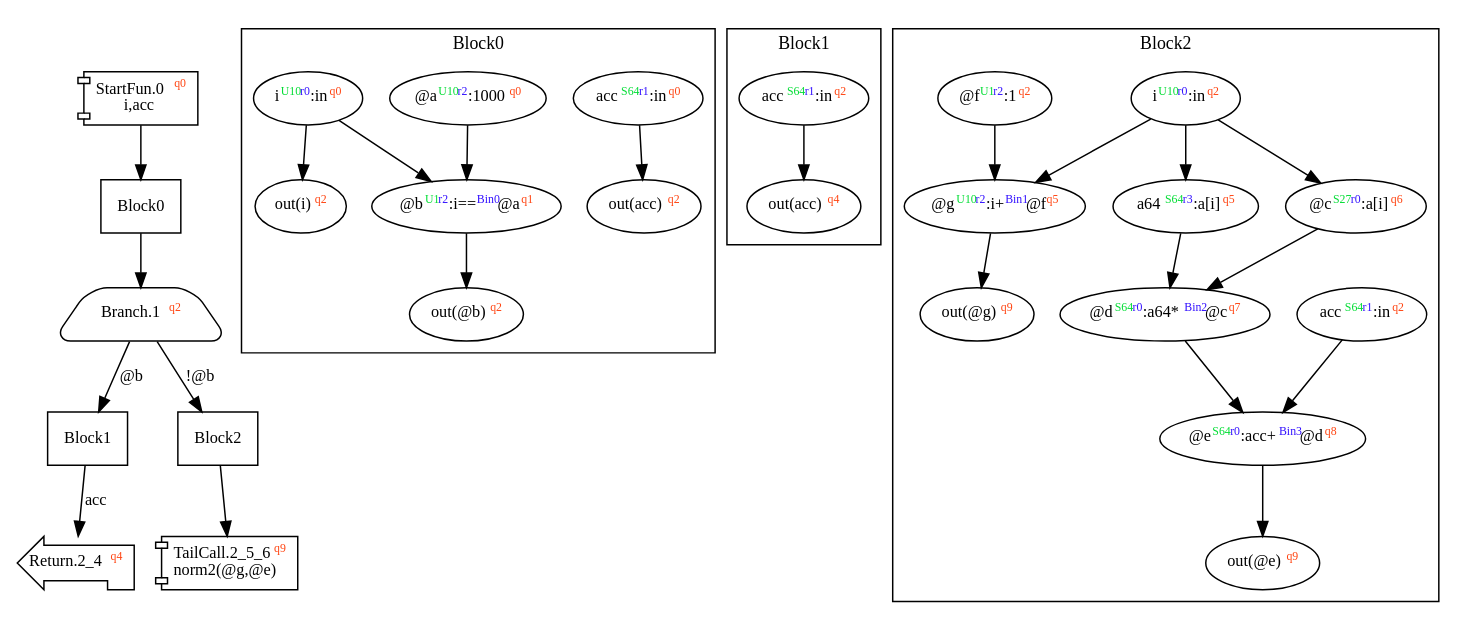
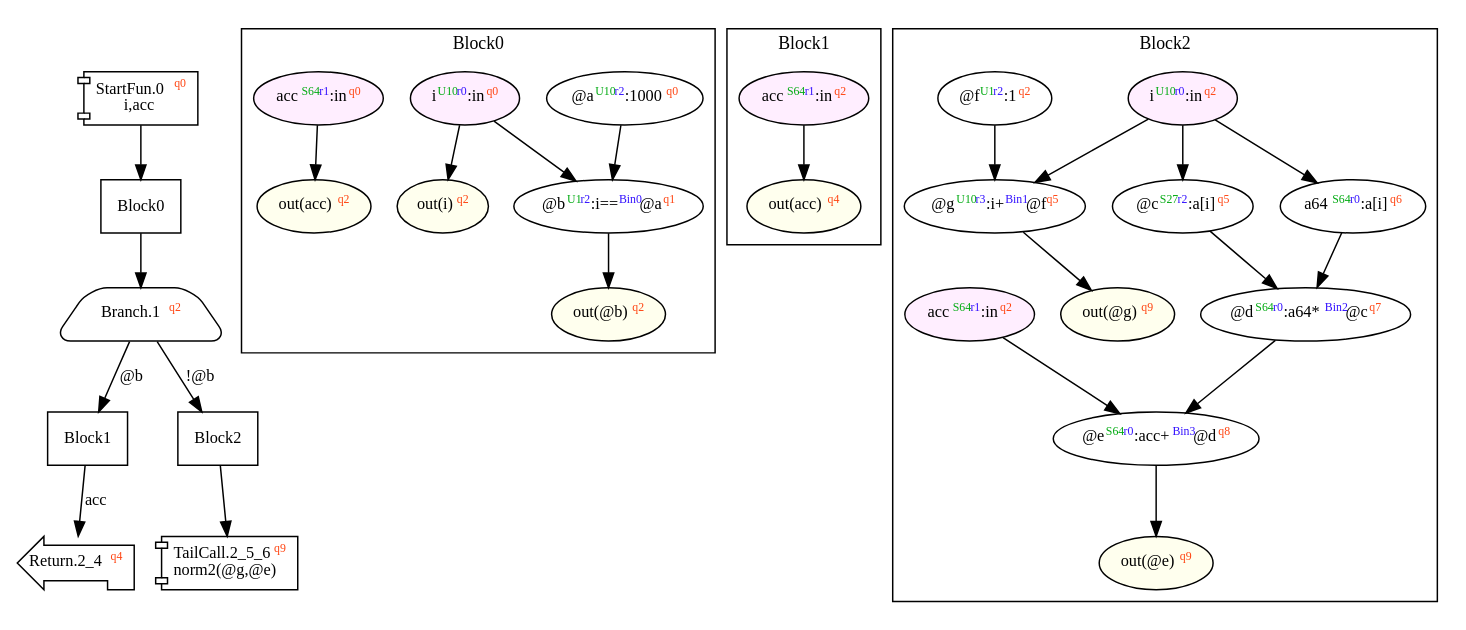
The diagram in dist/norm2.dot (akouryy/SyntheScala), drawn with Graphviz before and after one commit. The commit also changed 37 other files, not shown here.

```diff
--- a/dist/norm2.dot
+++ b/dist/norm2.dot
@@ -1,68 +1,68 @@
 digraph Program_ {
   graph [fontname = "Monaco", fontsize = 12, ranksep = 0.5];
   node [shape = box, fontname = "Monaco", fontsize = 11; colorscheme = pastel19];
   edge [fontname = "Monaco", fontsize = 11; colorscheme = pastel19];
   Jump0[label = <StartFun.0<font color="#ff4411" point-size="8"><sup>q0</sup></font><br/>i,acc>; shape = component];
   Jump0 -> Block0;
   Jump1[
     label = <Branch.1<font color="#ff4411" point-size="8"><sup>q2</sup></font>>;
     shape = trapezium; style = rounded;
   ];
   Block0 -> Jump1;
   Jump1 -> Block1 [label="@b"];
   Jump1 -> Block2 [label="!@b"];
   Jump2_4[label = <Return.2_4<font color="#ff4411" point-size="8"><sup>q4</sup></font>>; shape = lpromoter];
   Block1 -> Jump2_4 [label="acc"];
   Jump2_5_6[label = <TailCall.2_5_6<font color="#ff4411" point-size="8"><sup>q9</sup></font><br/>norm2(@g,@e)>; shape = component];
   Block2 -> Jump2_5_6;
   Block0 [label = "Block0"];
   Block1 [label = "Block1"];
   Block2 [label = "Block2"];
   subgraph cluster_dfg_Block0 {
     node [shape = oval];
     label = "Block0";
-    ndBlock0_0 [label=<out(acc)<font color="#ff4411" point-size="8"><sup>q2</sup></font>>];
-    ndBlock0_1 [label=<acc<font color="#00dd33" point-size="8"><sup>S64</sup></font><font color="#3311ff" point-size="8"><sup>r1</sup></font>:in<font color="#ff4411" point-size="8"><sup>q0</sup></font>>];
-    ndBlock0_2 [label=<i<font color="#00dd33" point-size="8"><sup>U10</sup></font><font color="#3311ff" point-size="8"><sup>r0</sup></font>:in<font color="#ff4411" point-size="8"><sup>q0</sup></font>>];
-    ndBlock0_3 [label=<@a<font color="#00dd33" point-size="8"><sup>U10</sup></font><font color="#3311ff" point-size="8"><sup>r2</sup></font>:1000<font color="#ff4411" point-size="8"><sup>q0</sup></font>>];
-    ndBlock0_4 [label=<out(i)<font color="#ff4411" point-size="8"><sup>q2</sup></font>>];
-    ndBlock0_5 [label=<out(@b)<font color="#ff4411" point-size="8"><sup>q2</sup></font>>];
-    ndBlock0_6 [label=<@b<font color="#00dd33" point-size="8"><sup>U1</sup></font><font color="#3311ff" point-size="8"><sup>r2</sup></font>:i==<font color="#3311ff" point-size="8"><sup>Bin0</sup></font>@a<font color="#ff4411" point-size="8"><sup>q1</sup></font>>];
-    ndBlock0_1 -> ndBlock0_0;
-    ndBlock0_2 -> ndBlock0_4;
-    ndBlock0_2 -> ndBlock0_6;
-    ndBlock0_3 -> ndBlock0_6;
-    ndBlock0_6 -> ndBlock0_5;
+    0 [label=<@a<font color="#00aa11" point-size="8"><sup>U10</sup></font><font color="#3311ff" point-size="8"><sup>r2</sup></font>:1000<font color="#ff4411" point-size="8"><sup>q0</sup></font>>; ];
+    20 [label=<out(@b)<font color="#ff4411" point-size="8"><sup>q2</sup></font>>; style="filled"; fillcolor="#ffffee";];
+    1 [label=<@b<font color="#00aa11" point-size="8"><sup>U1</sup></font><font color="#3311ff" point-size="8"><sup>r2</sup></font>:i==<font color="#3311ff" point-size="8"><sup>Bin0</sup></font>@a<font color="#ff4411" point-size="8"><sup>q1</sup></font>>; ];
+    17 [label=<i<font color="#00aa11" point-size="8"><sup>U10</sup></font><font color="#3311ff" point-size="8"><sup>r0</sup></font>:in<font color="#ff4411" point-size="8"><sup>q0</sup></font>>; style="filled"; fillcolor="#ffeeff";];
+    18 [label=<out(acc)<font color="#ff4411" point-size="8"><sup>q2</sup></font>>; style="filled"; fillcolor="#ffffee";];
+    16 [label=<acc<font color="#00aa11" point-size="8"><sup>S64</sup></font><font color="#3311ff" point-size="8"><sup>r1</sup></font>:in<font color="#ff4411" point-size="8"><sup>q0</sup></font>>; style="filled"; fillcolor="#ffeeff";];
+    19 [label=<out(i)<font color="#ff4411" point-size="8"><sup>q2</sup></font>>; style="filled"; fillcolor="#ffffee";];
+    0 -> 1;
+    1 -> 20;
+    16 -> 18;
+    17 -> 1;
+    17 -> 19;
   }
   subgraph cluster_dfg_Block1 {
     node [shape = oval];
     label = "Block1";
-    ndBlock1_0 [label=<acc<font color="#00dd33" point-size="8"><sup>S64</sup></font><font color="#3311ff" point-size="8"><sup>r1</sup></font>:in<font color="#ff4411" point-size="8"><sup>q2</sup></font>>];
-    ndBlock1_1 [label=<out(acc)<font color="#ff4411" point-size="8"><sup>q4</sup></font>>];
-    ndBlock1_0 -> ndBlock1_1;
+    11 [label=<acc<font color="#00aa11" point-size="8"><sup>S64</sup></font><font color="#3311ff" point-size="8"><sup>r1</sup></font>:in<font color="#ff4411" point-size="8"><sup>q2</sup></font>>; style="filled"; fillcolor="#ffeeff";];
+    12 [label=<out(acc)<font color="#ff4411" point-size="8"><sup>q4</sup></font>>; style="filled"; fillcolor="#ffffee";];
+    11 -> 12;
   }
   subgraph cluster_dfg_Block2 {
     node [shape = oval];
     label = "Block2";
-    ndBlock2_0 [label=<@c<font color="#00dd33" point-size="8"><sup>S27</sup></font><font color="#3311ff" point-size="8"><sup>r0</sup></font>:a[i]<font color="#ff4411" point-size="8"><sup>q6</sup></font>>];
-    ndBlock2_1 [label=<a64<font color="#00dd33" point-size="8"><sup>S64</sup></font><font color="#3311ff" point-size="8"><sup>r3</sup></font>:a[i]<font color="#ff4411" point-size="8"><sup>q5</sup></font>>];
-    ndBlock2_2 [label=<out(@e)<font color="#ff4411" point-size="8"><sup>q9</sup></font>>];
-    ndBlock2_3 [label=<acc<font color="#00dd33" point-size="8"><sup>S64</sup></font><font color="#3311ff" point-size="8"><sup>r1</sup></font>:in<font color="#ff4411" point-size="8"><sup>q2</sup></font>>];
-    ndBlock2_4 [label=<i<font color="#00dd33" point-size="8"><sup>U10</sup></font><font color="#3311ff" point-size="8"><sup>r0</sup></font>:in<font color="#ff4411" point-size="8"><sup>q2</sup></font>>];
-    ndBlock2_5 [label=<out(@g)<font color="#ff4411" point-size="8"><sup>q9</sup></font>>];
-    ndBlock2_6 [label=<@d<font color="#00dd33" point-size="8"><sup>S64</sup></font><font color="#3311ff" point-size="8"><sup>r0</sup></font>:a64*<font color="#3311ff" point-size="8"><sup>Bin2</sup></font>@c<font color="#ff4411" point-size="8"><sup>q7</sup></font>>];
-    ndBlock2_7 [label=<@e<font color="#00dd33" point-size="8"><sup>S64</sup></font><font color="#3311ff" point-size="8"><sup>r0</sup></font>:acc+<font color="#3311ff" point-size="8"><sup>Bin3</sup></font>@d<font color="#ff4411" point-size="8"><sup>q8</sup></font>>];
-    ndBlock2_8 [label=<@f<font color="#00dd33" point-size="8"><sup>U1</sup></font><font color="#3311ff" point-size="8"><sup>r2</sup></font>:1<font color="#ff4411" point-size="8"><sup>q2</sup></font>>];
-    ndBlock2_9 [label=<@g<font color="#00dd33" point-size="8"><sup>U10</sup></font><font color="#3311ff" point-size="8"><sup>r2</sup></font>:i+<font color="#3311ff" point-size="8"><sup>Bin1</sup></font>@f<font color="#ff4411" point-size="8"><sup>q5</sup></font>>];
-    ndBlock2_0 -> ndBlock2_6;
-    ndBlock2_1 -> ndBlock2_6;
-    ndBlock2_3 -> ndBlock2_7;
-    ndBlock2_4 -> ndBlock2_0;
-    ndBlock2_4 -> ndBlock2_1;
-    ndBlock2_4 -> ndBlock2_9;
-    ndBlock2_6 -> ndBlock2_7;
-    ndBlock2_7 -> ndBlock2_2;
-    ndBlock2_8 -> ndBlock2_9;
-    ndBlock2_9 -> ndBlock2_5;
+    5 [label=<@e<font color="#00aa11" point-size="8"><sup>S64</sup></font><font color="#3311ff" point-size="8"><sup>r0</sup></font>:acc+<font color="#3311ff" point-size="8"><sup>Bin3</sup></font>@d<font color="#ff4411" point-size="8"><sup>q8</sup></font>>; ];
+    14 [label=<i<font color="#00aa11" point-size="8"><sup>U10</sup></font><font color="#3311ff" point-size="8"><sup>r0</sup></font>:in<font color="#ff4411" point-size="8"><sup>q2</sup></font>>; style="filled"; fillcolor="#ffeeff";];
+    6 [label=<@f<font color="#00aa11" point-size="8"><sup>U1</sup></font><font color="#3311ff" point-size="8"><sup>r2</sup></font>:1<font color="#ff4411" point-size="8"><sup>q2</sup></font>>; ];
+    21 [label=<out(@g)<font color="#ff4411" point-size="8"><sup>q9</sup></font>>; style="filled"; fillcolor="#ffffee";];
+    13 [label=<acc<font color="#00aa11" point-size="8"><sup>S64</sup></font><font color="#3311ff" point-size="8"><sup>r1</sup></font>:in<font color="#ff4411" point-size="8"><sup>q2</sup></font>>; style="filled"; fillcolor="#ffeeff";];
+    2 [label=<a64<font color="#00aa11" point-size="8"><sup>S64</sup></font><font color="#3311ff" point-size="8"><sup>r0</sup></font>:a[i]<font color="#ff4411" point-size="8"><sup>q6</sup></font>>; ];
+    22 [label=<out(@e)<font color="#ff4411" point-size="8"><sup>q9</sup></font>>; style="filled"; fillcolor="#ffffee";];
+    7 [label=<@g<font color="#00aa11" point-size="8"><sup>U10</sup></font><font color="#3311ff" point-size="8"><sup>r3</sup></font>:i+<font color="#3311ff" point-size="8"><sup>Bin1</sup></font>@f<font color="#ff4411" point-size="8"><sup>q5</sup></font>>; ];
+    3 [label=<@c<font color="#00aa11" point-size="8"><sup>S27</sup></font><font color="#3311ff" point-size="8"><sup>r2</sup></font>:a[i]<font color="#ff4411" point-size="8"><sup>q5</sup></font>>; ];
+    4 [label=<@d<font color="#00aa11" point-size="8"><sup>S64</sup></font><font color="#3311ff" point-size="8"><sup>r0</sup></font>:a64*<font color="#3311ff" point-size="8"><sup>Bin2</sup></font>@c<font color="#ff4411" point-size="8"><sup>q7</sup></font>>; ];
+    2 -> 4;
+    3 -> 4;
+    4 -> 5;
+    5 -> 22;
+    6 -> 7;
+    7 -> 21;
+    13 -> 5;
+    14 -> 2;
+    14 -> 3;
+    14 -> 7;
   }
 }
```
